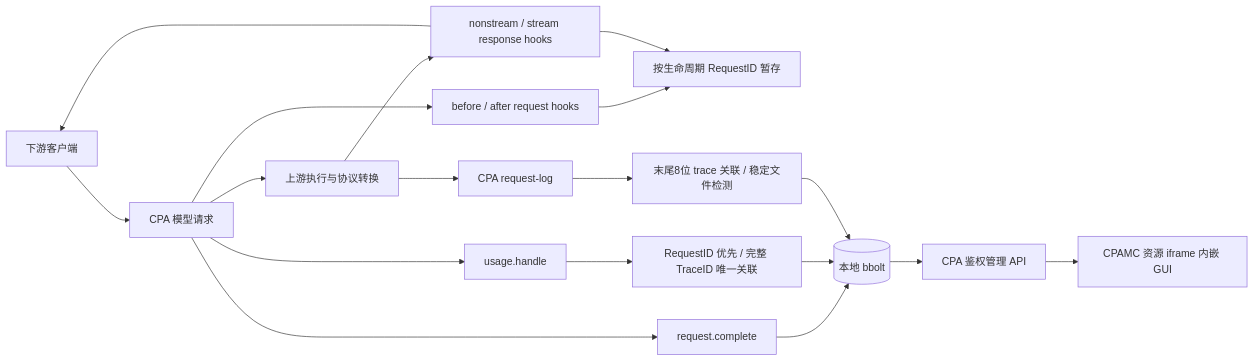
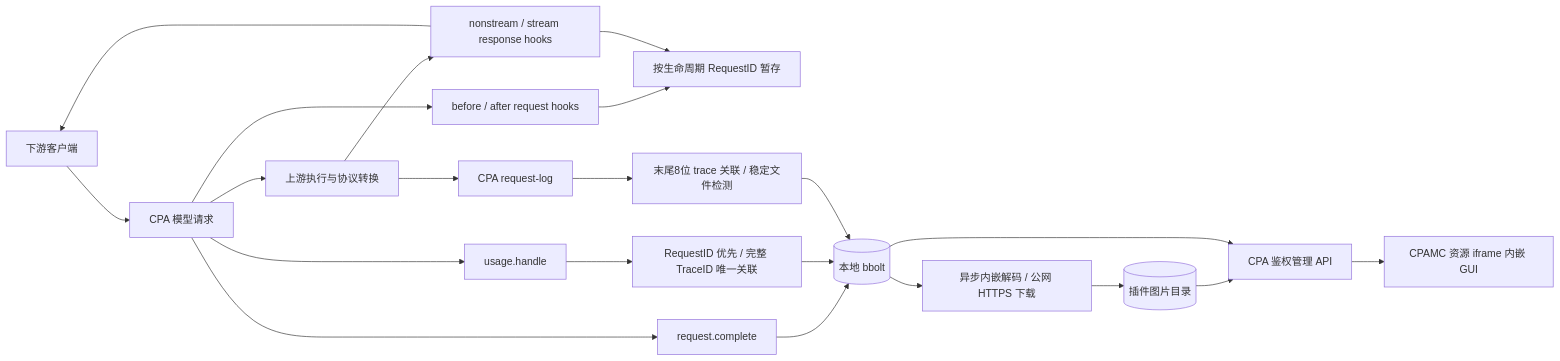
The diagram in docs/design.md (txsdx/cpa-plugin-request-recorder), drawn with Mermaid before and after one commit. The commit also changed other lines of this file and 23 other files, not shown here.

````diff
--- a/docs/design.md
+++ b/docs/design.md
@@ -5,20 +5,23 @@
 ```mermaid
 flowchart LR
   Client[下游客户端] --> CPA[CPA 模型请求]
   CPA --> B[before / after request hooks]
   CPA --> U[上游执行与协议转换]
   U --> R[nonstream / stream response hooks]
   R --> Client
   B --> A[按生命周期 RequestID 暂存]
   R --> A
   CPA --> C[request.complete]
   C --> DB[(本地 bbolt)]
   CPA --> Usage[usage.handle]
   Usage --> Join[RequestID 优先 / 完整 TraceID 唯一关联]
   Join --> DB
   U --> Logs[CPA request-log]
   Logs --> Enrich[末尾8位 trace 关联 / 稳定文件检测]
   Enrich --> DB
-  DB --> API[CPA 鉴权管理 API]
+  DB --> Images[异步内嵌解码 / 公网 HTTPS 下载]
+  Images --> Files[(插件图片目录)]
+  Files --> API[CPA 鉴权管理 API]
+  DB --> API
   API --> GUI[CPAMC 资源 iframe 内嵌 GUI]
 ```
````
